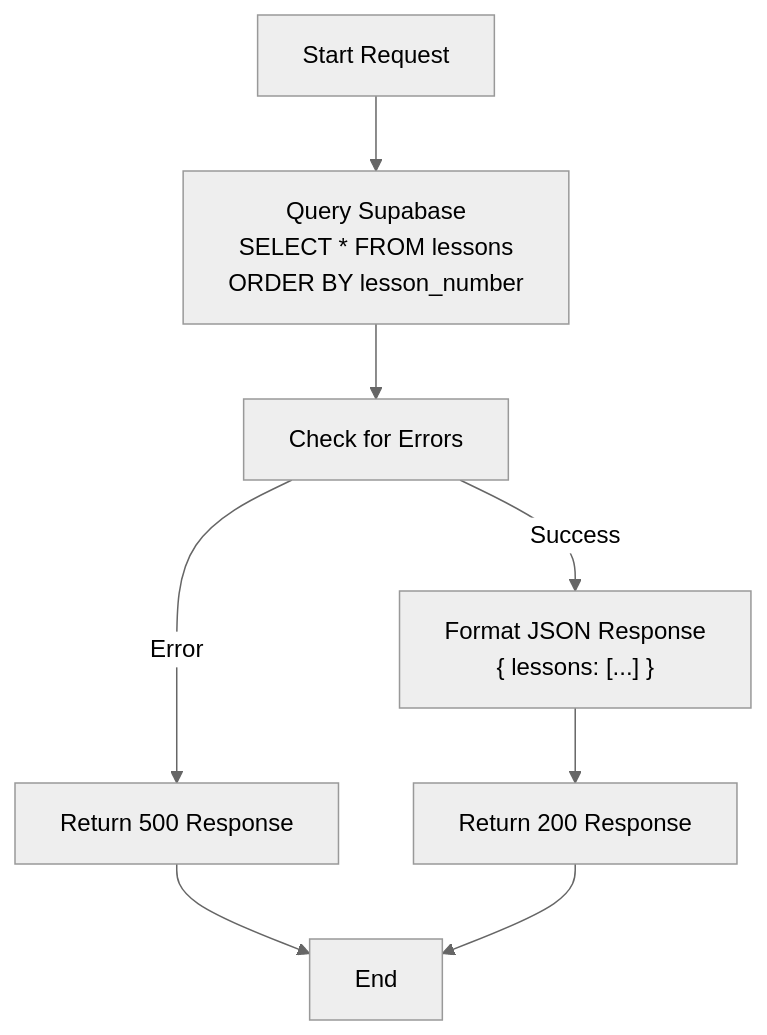
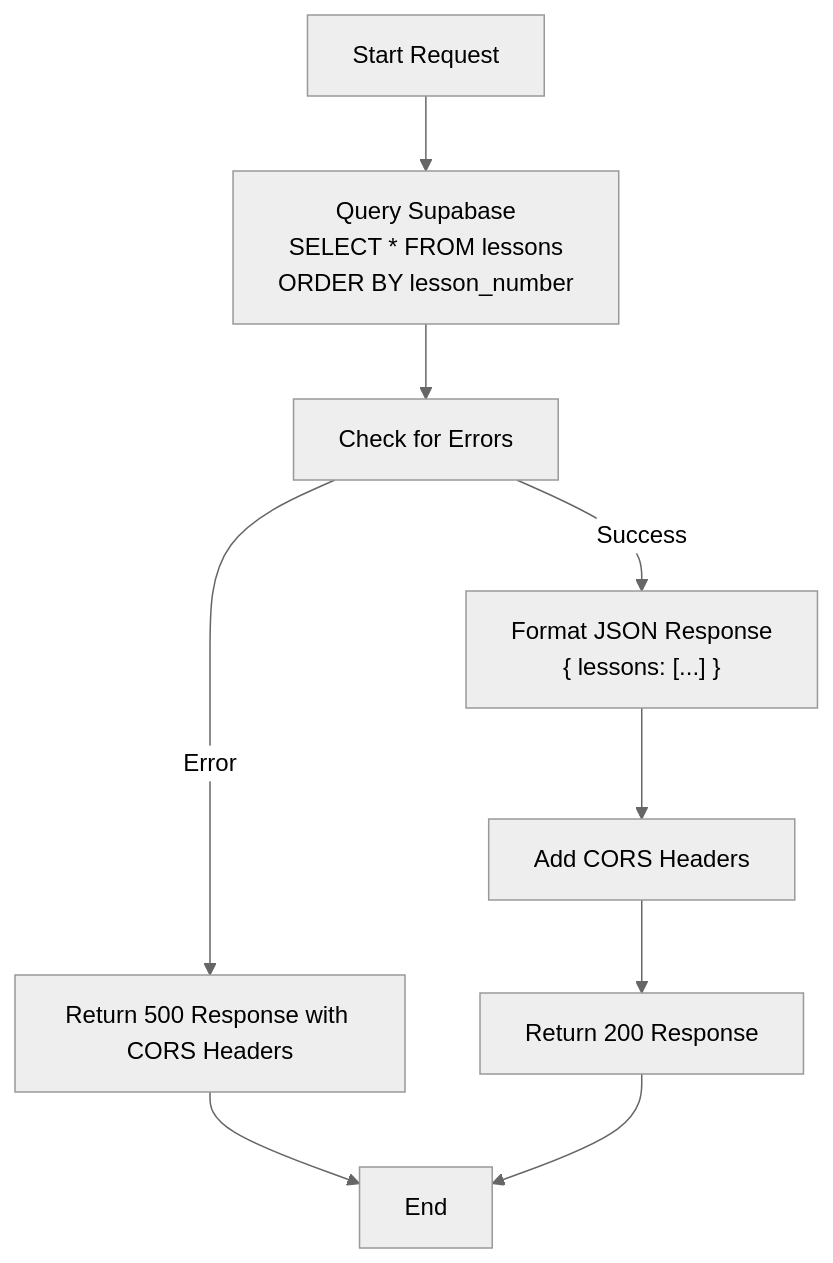
Before and after one commit to lommaks777/pesonalisev2: the third of 3 diagrams in .qoder/repowiki/en/content/API Reference/GET _api_lessons.md, drawn with Mermaid (neutral theme). The commit also changed other lines of this file and 16 other files, not shown here.

````diff
--- a/.qoder/repowiki/en/content/API Reference/GET _api_lessons.md
+++ b/.qoder/repowiki/en/content/API Reference/GET _api_lessons.md
@@ -267,10 +302,11 @@
 ```mermaid
 flowchart TD
 Start["Start Request"] --> Query["Query Supabase<br>SELECT * FROM lessons<br>ORDER BY lesson_number"]
 Query --> Check["Check for Errors"]
-Check --> |Error| Return500["Return 500 Response"]
+Check --> |Error| Return500["Return 500 Response with CORS Headers"]
 Check --> |Success| Format["Format JSON Response<br>{ lessons: [...] }"]
-Format --> Return200["Return 200 Response"]
+Format --> AddCORS["Add CORS Headers"]
+AddCORS --> Return200["Return 200 Response"]
 Return500 --> End
 Return200 --> End
 ```
````
